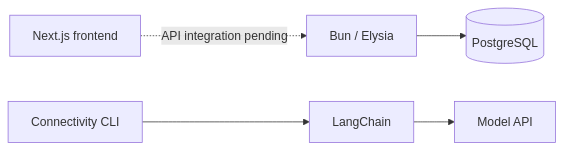
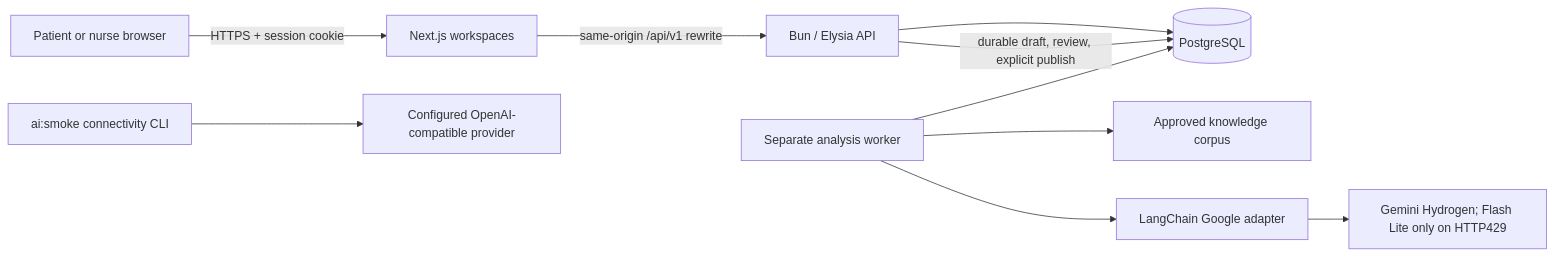
Before and after one commit to Frsxk/ForCare: the diagram in README.md, drawn with Mermaid. The commit also changed other lines of this file and 4 other files, not shown here.

````diff
--- a/README.md
+++ b/README.md
@@ -84,7 +102,12 @@
 ```mermaid
 flowchart LR
-    F[Next.js frontend] -. API integration pending .-> B[Bun / Elysia]
+    U[Patient or nurse browser] -->|HTTPS + session cookie| F[Next.js workspaces]
+    F -->|same-origin /api/v1 rewrite| B[Bun / Elysia API]
     B --> D[(PostgreSQL)]
-    S[Connectivity CLI] --> L[LangChain]
-    L --> M[Model API]
+    W[Separate analysis worker] --> D
+    W --> K[Approved knowledge corpus]
+    W --> L[LangChain Google adapter]
+    L --> M[Gemini Hydrogen; Flash Lite only on HTTP429]
+    B -->|durable draft, review, explicit publish| D
+    S[ai:smoke connectivity CLI] --> O[Configured OpenAI-compatible provider]
 ```
````
